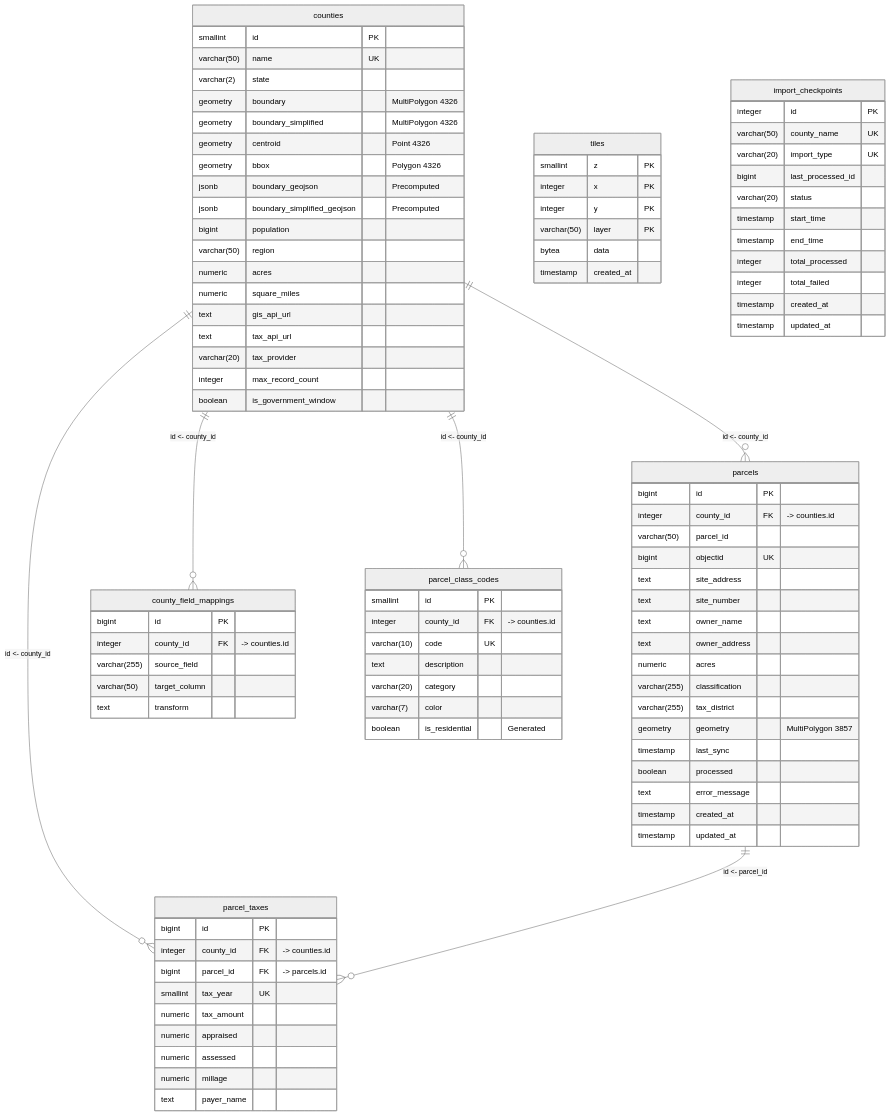
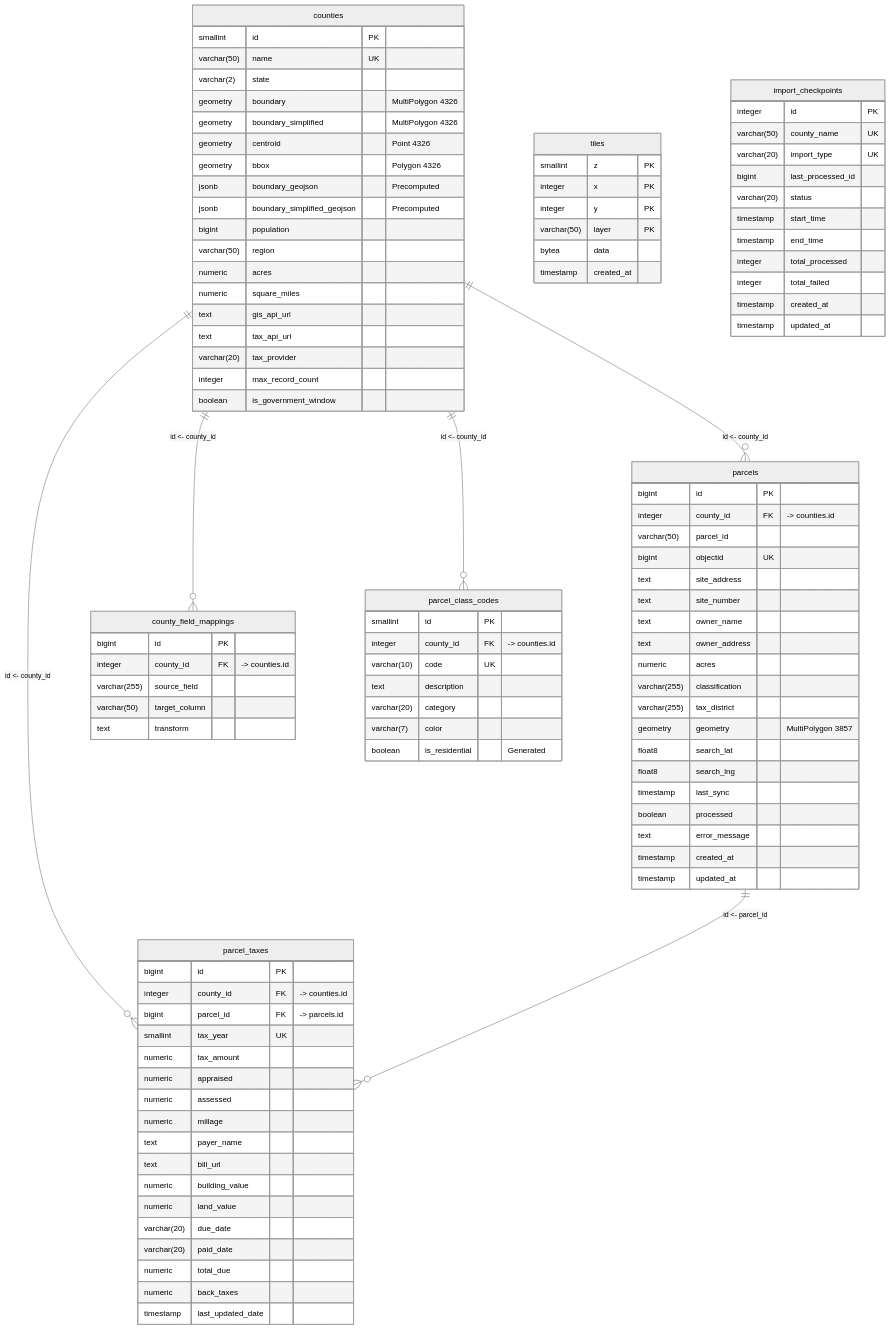
Before and after one commit to renderyourworld/parcel_heatmap: the first of 2 diagrams in db/README.md, drawn with Mermaid (neutral theme). The commit also changed other lines of this file and 10 other files, not shown here.

```diff
--- a/db/README.md
+++ b/db/README.md
@@ -76,6 +76,8 @@
         varchar(255) classification
         varchar(255) tax_district
         geometry geometry "MultiPolygon 3857"
+        float8 search_lat
+        float8 search_lng
         timestamp last_sync
         boolean processed
         text error_message
@@ -93,6 +95,14 @@
         numeric assessed
         numeric millage
         text payer_name
+        text bill_url
+        numeric building_value
+        numeric land_value
+        varchar(20) due_date
+        varchar(20) paid_date
+        numeric total_due
+        numeric back_taxes
+        timestamp last_updated_date
     }
 
     tiles {
```
